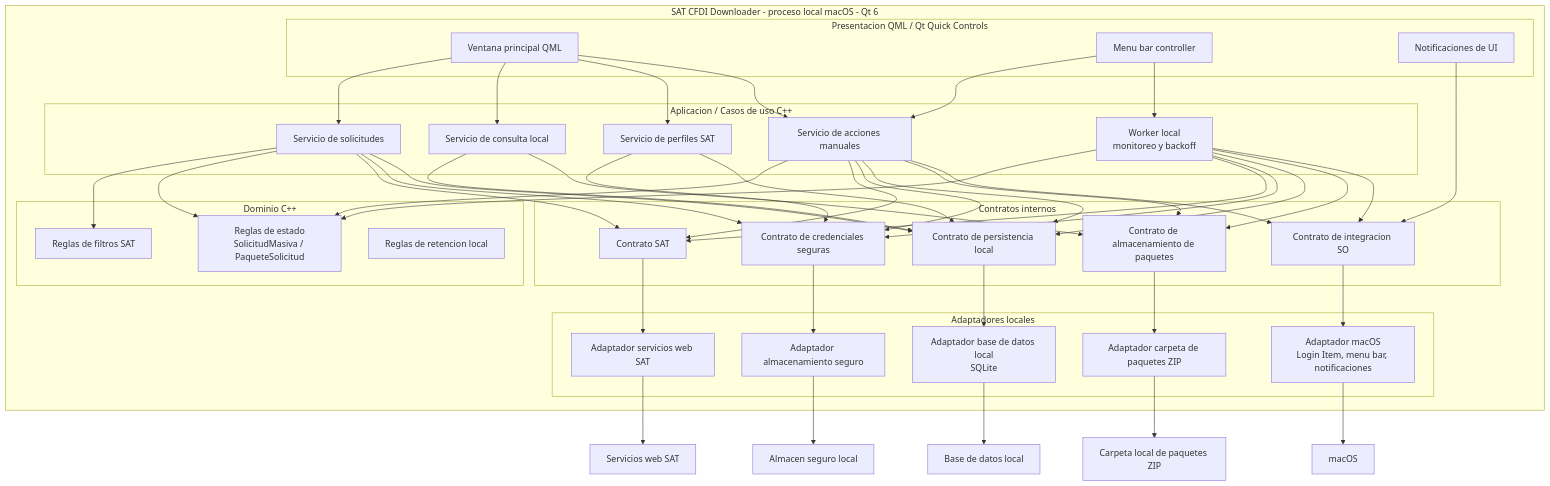
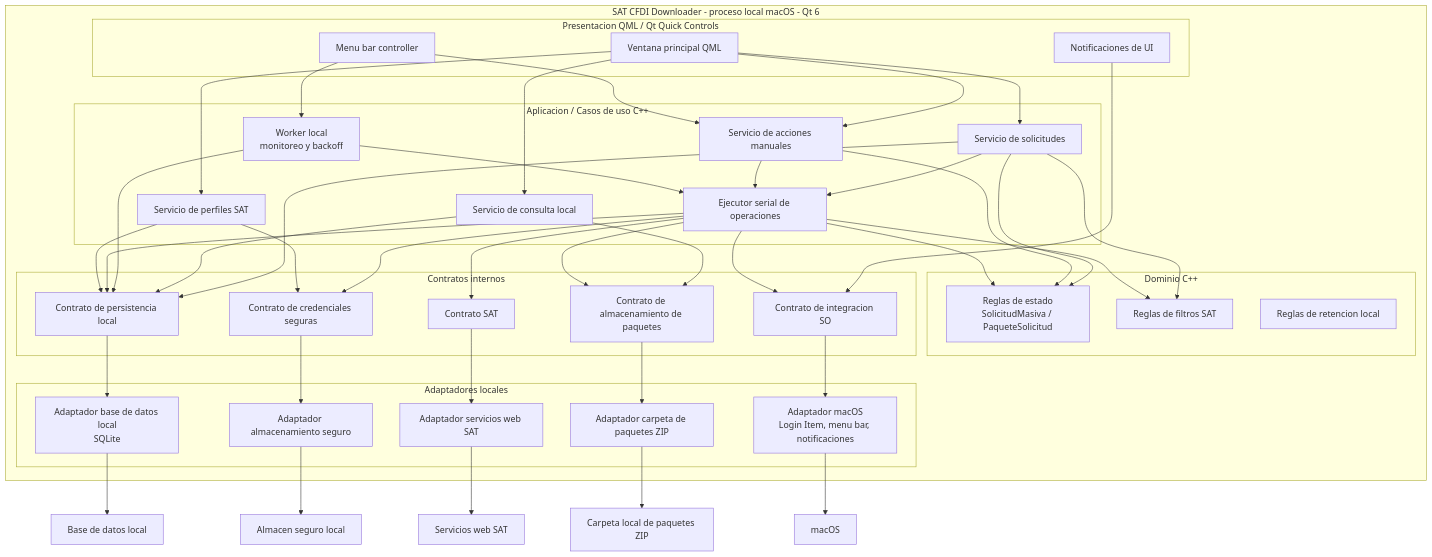
Before and after one commit to irritila/sat-cfdi-downloader: diagram 13 of 21 in docs/architecture.md, drawn with Mermaid. The commit also changed other lines of this file and 14 other files, not shown here.

```diff
--- a/docs/architecture.md
+++ b/docs/architecture.md
@@ -788,6 +844,7 @@
             query_service["Servicio de consulta local"]
             actions_service["Servicio de acciones manuales"]
             worker["Worker local<br/>monitoreo y backoff"]
+            operation_executor["Ejecutor serial de operaciones"]
         end
 
         subgraph domain["Dominio C++"]
@@ -829,26 +886,25 @@
 
     request_service --> sat_filters
     request_service --> request_state
-    request_service --> sat_gateway
-    request_service --> credentials_store
     request_service --> repositories
+    request_service --> operation_executor
 
     query_service --> repositories
     query_service --> package_storage
 
     actions_service --> request_state
-    actions_service --> sat_gateway
-    actions_service --> credentials_store
-    actions_service --> repositories
-    actions_service --> package_storage
-    actions_service --> os_integration
+    actions_service --> operation_executor
 
-    worker --> request_state
-    worker --> sat_gateway
-    worker --> credentials_store
     worker --> repositories
-    worker --> package_storage
-    worker --> os_integration
+    worker --> operation_executor
+
+    operation_executor --> request_state
+    operation_executor --> sat_filters
+    operation_executor --> sat_gateway
+    operation_executor --> credentials_store
+    operation_executor --> repositories
+    operation_executor --> package_storage
+    operation_executor --> os_integration
 
     profiles_service --> credentials_store
     profiles_service --> repositories
```
